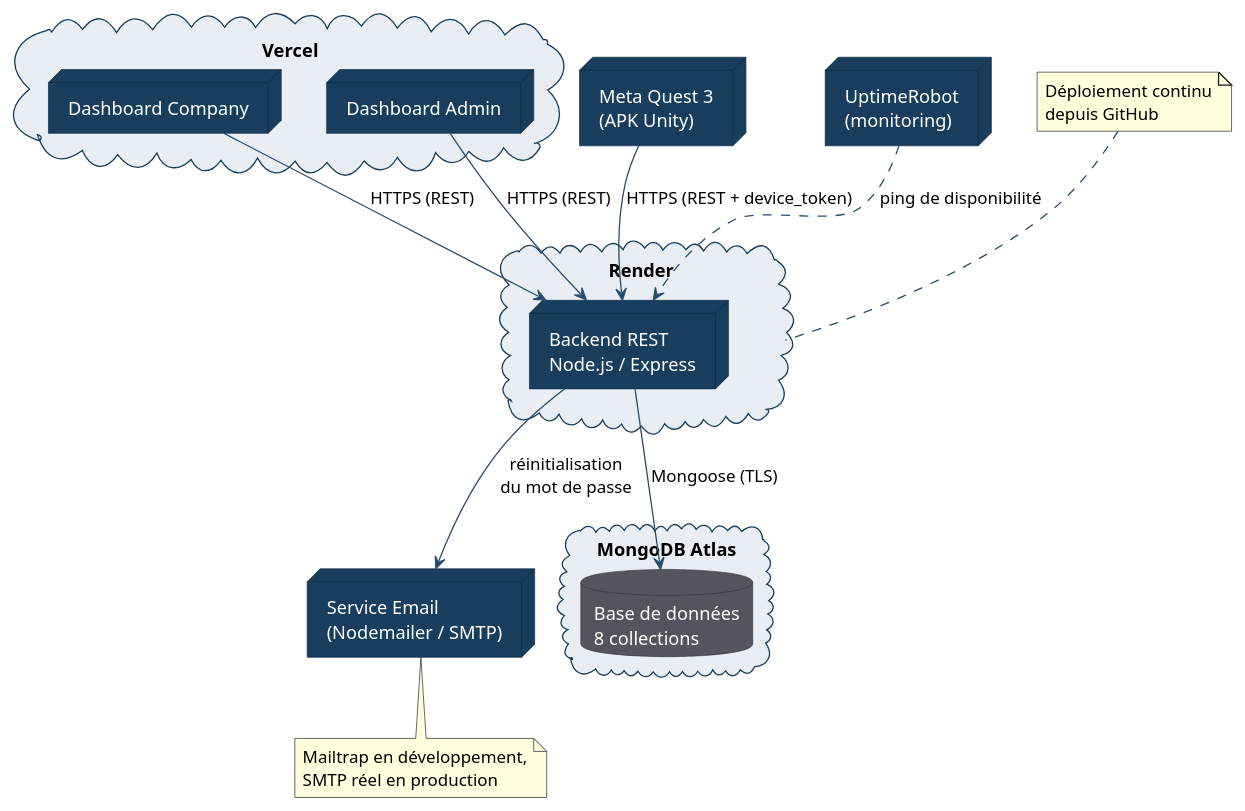
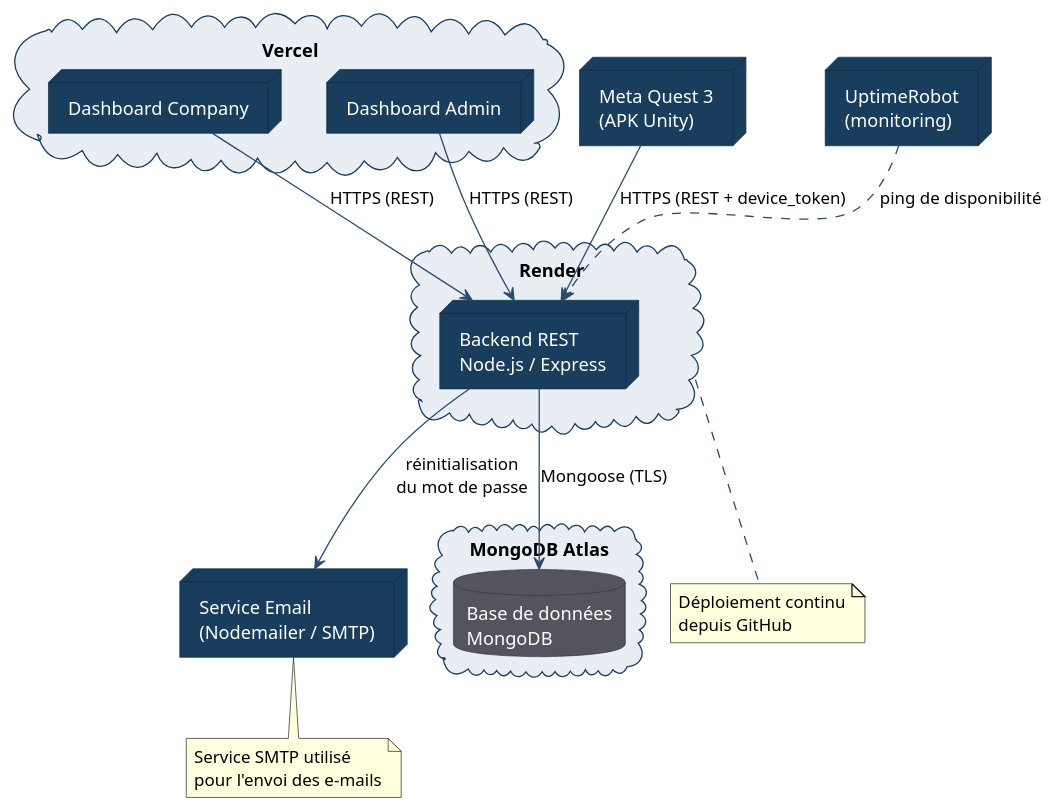
Before and after one commit to sayenjabo/TynassIt_PFE: the diagram in PUML/deploiement.puml, drawn with PlantUML. The commit also changed 70 other files, not shown here.

```diff
--- a/PUML/deploiement.puml
+++ b/PUML/deploiement.puml
@@ -1,49 +1,49 @@
 @startuml Diagramme_de_deploiement
 ' Diagramme de déploiement --- Immersio / Tynass IT
 skinparam shadowing false
 skinparam ArrowColor #2B4B6F
 skinparam defaultFontName Helvetica
 skinparam node {
   BackgroundColor #183D5D
   FontColor #FFFFFF
   BorderColor #0E2740
 }
 skinparam database {
   BackgroundColor #54545E
   FontColor #FFFFFF
   BorderColor #33333A
 }
 skinparam cloud {
   BackgroundColor #E8EEF4
   BorderColor #183D5D
   FontColor #000000
 }
 
 node "Meta Quest 3\n(APK Unity)" as Quest
 
 cloud "Vercel" as Vercel {
   node "Dashboard Admin" as Admin
   node "Dashboard Company" as Company
 }
 
 cloud "Render" as Render {
   node "Backend REST\nNode.js / Express" as API
 }
 
 cloud "MongoDB Atlas" as Atlas {
-  database "Base de données\n8 collections" as DB
+  database "Base de données\nMongoDB" as DB
 }
 
 node "Service Email\n(Nodemailer / SMTP)" as Mail
 node "UptimeRobot\n(monitoring)" as Uptime
 
 Admin   --> API : HTTPS (REST)
 Company -> API : HTTPS (REST)
 Quest   --> API : HTTPS (REST + device_token)
 API     --> DB  : Mongoose (TLS)
 API     --> Mail : réinitialisation\ndu mot de passe
 Uptime  ..> API : ping de disponibilité
 
-note top of Render : Déploiement continu\ndepuis GitHub
-note bottom of Mail : Mailtrap en développement,\nSMTP réel en production
+note bottom of Render : Déploiement continu\ndepuis GitHub
+note bottom of Mail : Service SMTP utilisé\npour l'envoi des e-mails 
 @enduml
```
